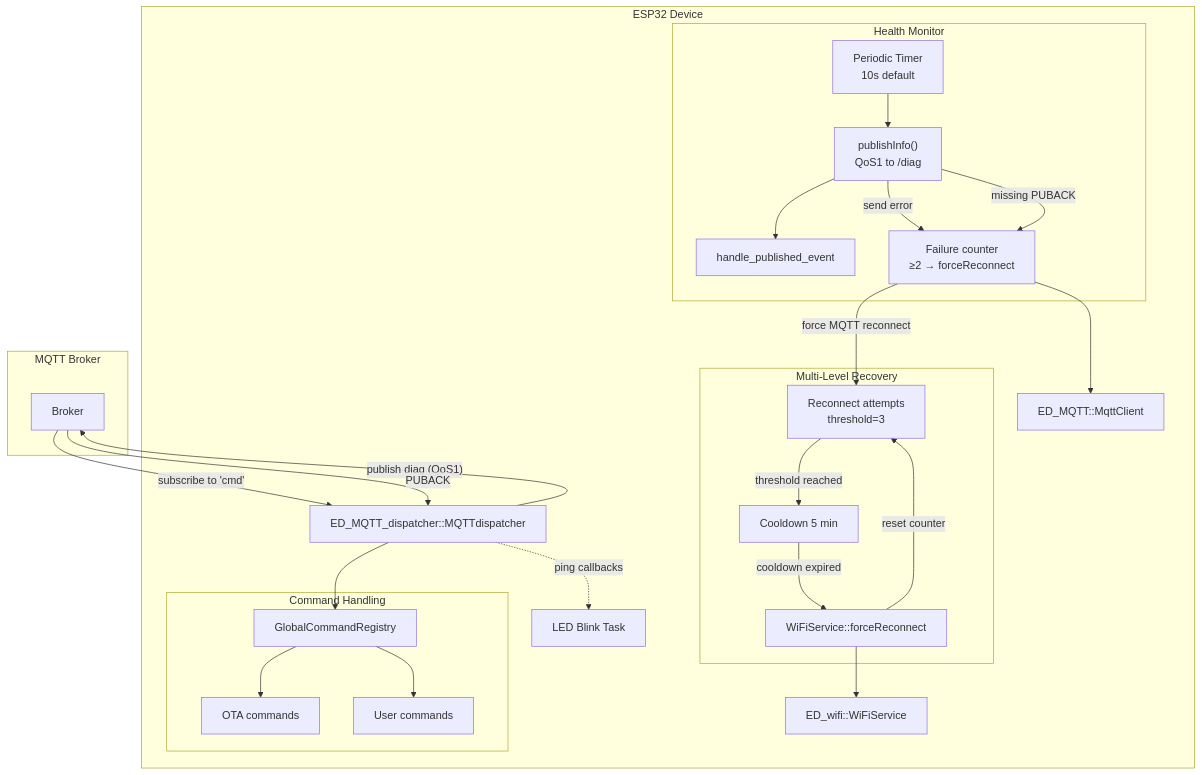
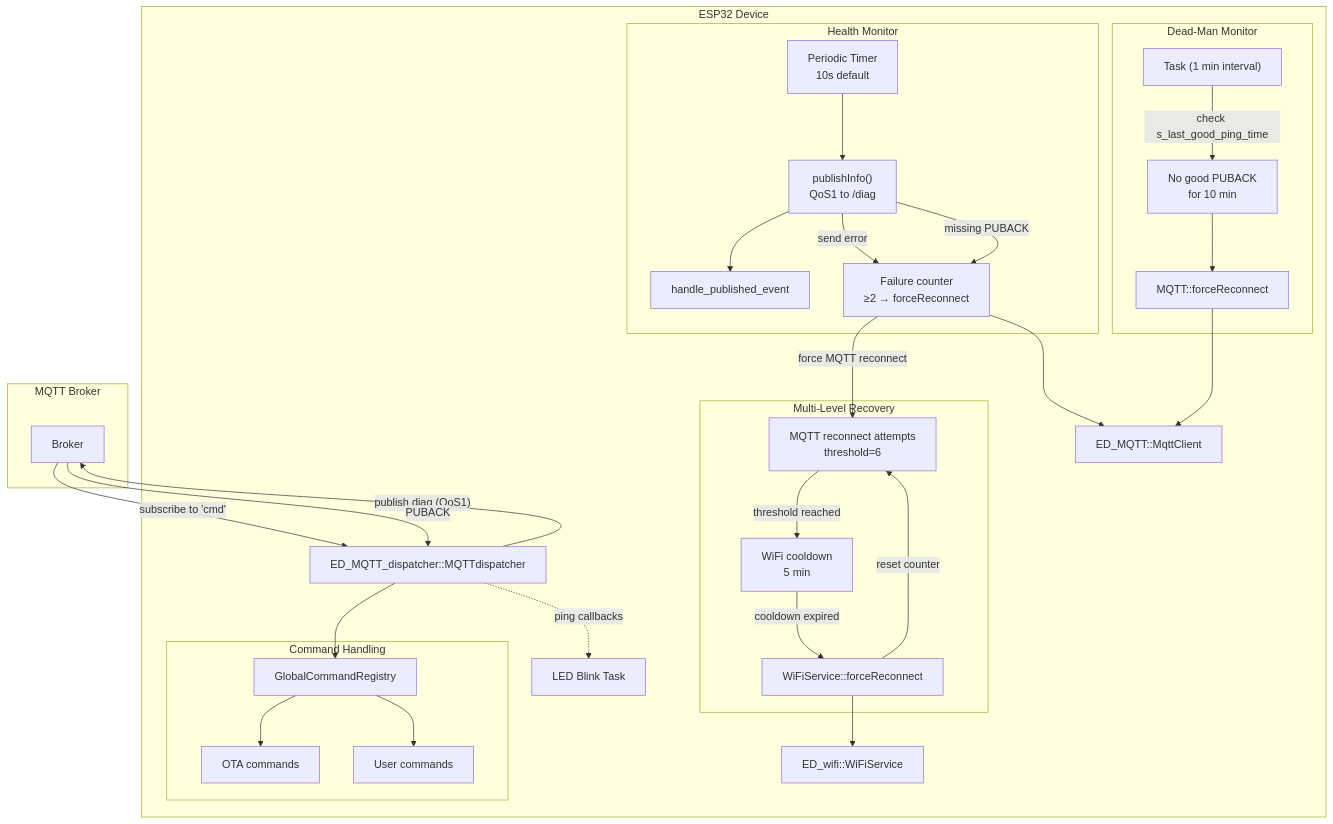
Before and after one commit to edolis/ED_MQTT: the first of 2 diagrams in ED_MQTT_dispatcher_README.md, drawn with Mermaid. The commit also changed other lines of this file and 2 other files, not shown here.

Commit message:
added dead man to recover long time broker downtime

````diff
--- a/ED_MQTT_dispatcher_README.md
+++ b/ED_MQTT_dispatcher_README.md
@@ -51,58 +44,64 @@
 ```mermaid
 flowchart TD
-subgraph "MQTT Broker"
-B[Broker]
-end
+    subgraph "MQTT Broker"
+        B[Broker]
+    end
 
-subgraph "ESP32 Device"
-MQTT[ED_MQTT::MqttClient]
-DISP[ED_MQTT_dispatcher::MQTTdispatcher]
-WIFI[ED_wifi::WiFiService]
+    subgraph "ESP32 Device"
+        MQTT[ED_MQTT::MqttClient]
+        DISP[ED_MQTT_dispatcher::MQTTdispatcher]
+        WIFI[ED_wifi::WiFiService]
 
-subgraph "Command Handling"
-REG[GlobalCommandRegistry]
-CMD1[OTA commands]
-CMD2[User commands]
-end
+        subgraph "Command Handling"
+            REG[GlobalCommandRegistry]
+            CMD1[OTA commands]
+            CMD2[User commands]
+        end
 
-subgraph "Health Monitor"
-TIMER["Periodic Timer
-10s default"]
-PUB["publishInfo()
-QoS1 to /diag"]
-ACK[handle_published_event]
-FAIL["Failure counter
-≥2 → forceReconnect"]
-end
+        subgraph "Health Monitor"
+            TIMER["Periodic Timer<br>10s default"]
+            PUB["publishInfo()<br>QoS1 to /diag"]
+            ACK[handle_published_event]
+            FAIL["Failure counter<br>≥2 → forceReconnect"]
+        end
 
-subgraph "Multi-Level Recovery"
-COUNTER["Reconnect attempts
-threshold=3"]
-COOLDOWN["Cooldown 5 min"]
-WIFI_RECONNECT["WiFiService::forceReconnect"]
-end
+        subgraph "Multi-Level Recovery"
+            COUNTER["MQTT reconnect attempts<br>threshold=6"]
+            COOLDOWN["WiFi cooldown<br>5 min"]
+            WIFI_RECONNECT[WiFiService::forceReconnect]
+        end
 
-LED[LED Blink Task]
-end
+        subgraph "Dead‑Man Monitor"
+            DEADMAN_TASK["Task (1 min interval)"]
+            TIMEOUT["No good PUBACK<br>for 10 min"]
+            FORCE_RECONNECT["MQTT::forceReconnect"]
+        end
 
-B -- "subscribe to 'cmd'" --> DISP
-DISP -- "publish diag (QoS1)" --> B
-B -- "PUBACK" --> DISP
+        LED[LED Blink Task]
+    end
 
-DISP --> REG
-REG --> CMD1
-REG --> CMD2
+    B -- "subscribe to 'cmd'" --> DISP
+    DISP -- "publish diag (QoS1)" --> B
+    B -- "PUBACK" --> DISP
 
-TIMER --> PUB
-PUB --> ACK
-PUB --> |send error| FAIL
-PUB --> |missing PUBACK| FAIL
-FAIL --> |force MQTT reconnect| COUNTER
-COUNTER --> |threshold reached| COOLDOWN
-COOLDOWN --> |cooldown expired| WIFI_RECONNECT
-WIFI_RECONNECT --> WIFI
-WIFI_RECONNECT --> |reset counter| COUNTER
-FAIL --> MQTT
+    DISP --> REG
+    REG --> CMD1
+    REG --> CMD2
 
-DISP -. "ping callbacks" .-> LED
+    TIMER --> PUB
+    PUB --> ACK
+    PUB --> |send error| FAIL
+    PUB --> |missing PUBACK| FAIL
+    FAIL --> |force MQTT reconnect| COUNTER
+    COUNTER --> |threshold reached| COOLDOWN
+    COOLDOWN --> |cooldown expired| WIFI_RECONNECT
+    WIFI_RECONNECT --> WIFI
+    WIFI_RECONNECT --> |reset counter| COUNTER
+    FAIL --> MQTT
+
+    DEADMAN_TASK --> |check s_last_good_ping_time| TIMEOUT
+    TIMEOUT --> FORCE_RECONNECT
+    FORCE_RECONNECT --> MQTT
+
+    DISP -. "ping callbacks" .-> LED
 ```
````
